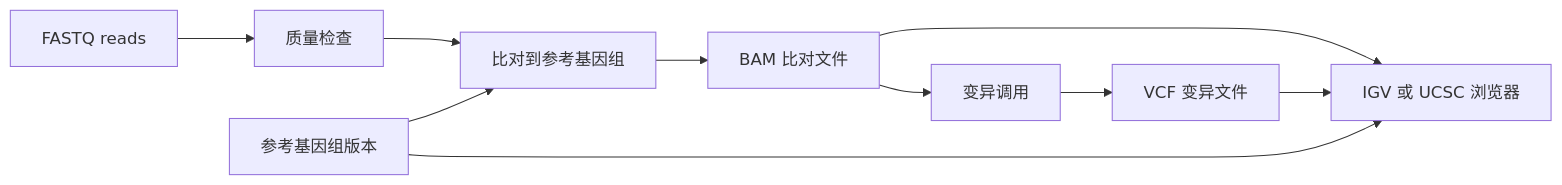
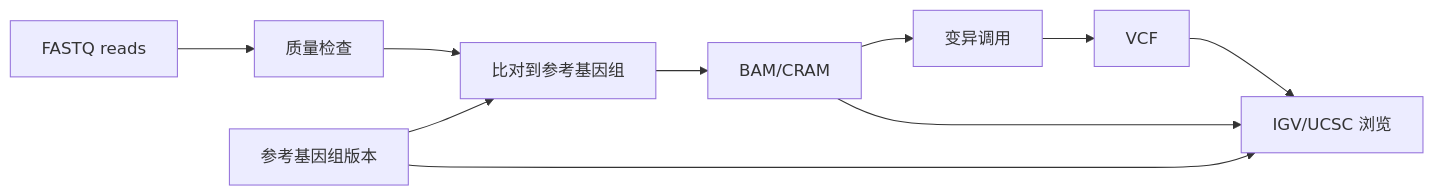
One commit to luvega/AI_MED_DataVis changed the fourth of 5 diagrams in docs/chapters/chapter-13/index.md. Above: the diagram before and after it, drawn with Mermaid. The commit also changed other lines of this file and 84 other files, not shown here.

````diff
--- a/docs/chapters/chapter-13/index.md
+++ b/docs/chapters/chapter-13/index.md
@@ -165,12 +358,12 @@
 ```mermaid
 flowchart LR
-  R["FASTQ reads"] --> QC["质量检查"]
+  FQ["FASTQ reads"] --> QC["质量检查"]
   QC --> ALN["比对到参考基因组"]
-  ALN --> BAM["BAM 比对文件"]
+  ALN --> BAM["BAM/CRAM"]
   BAM --> CALL["变异调用"]
-  CALL --> VCF["VCF 变异文件"]
-  BAM --> VIEW["IGV 或 UCSC 浏览器"]
+  CALL --> VCF["VCF"]
+  REF["参考基因组版本"] --> ALN
+  REF --> VIEW["IGV/UCSC 浏览"]
+  BAM --> VIEW
   VCF --> VIEW
-  REF["参考基因组版本"] --> ALN
-  REF --> VIEW
 ```
````
